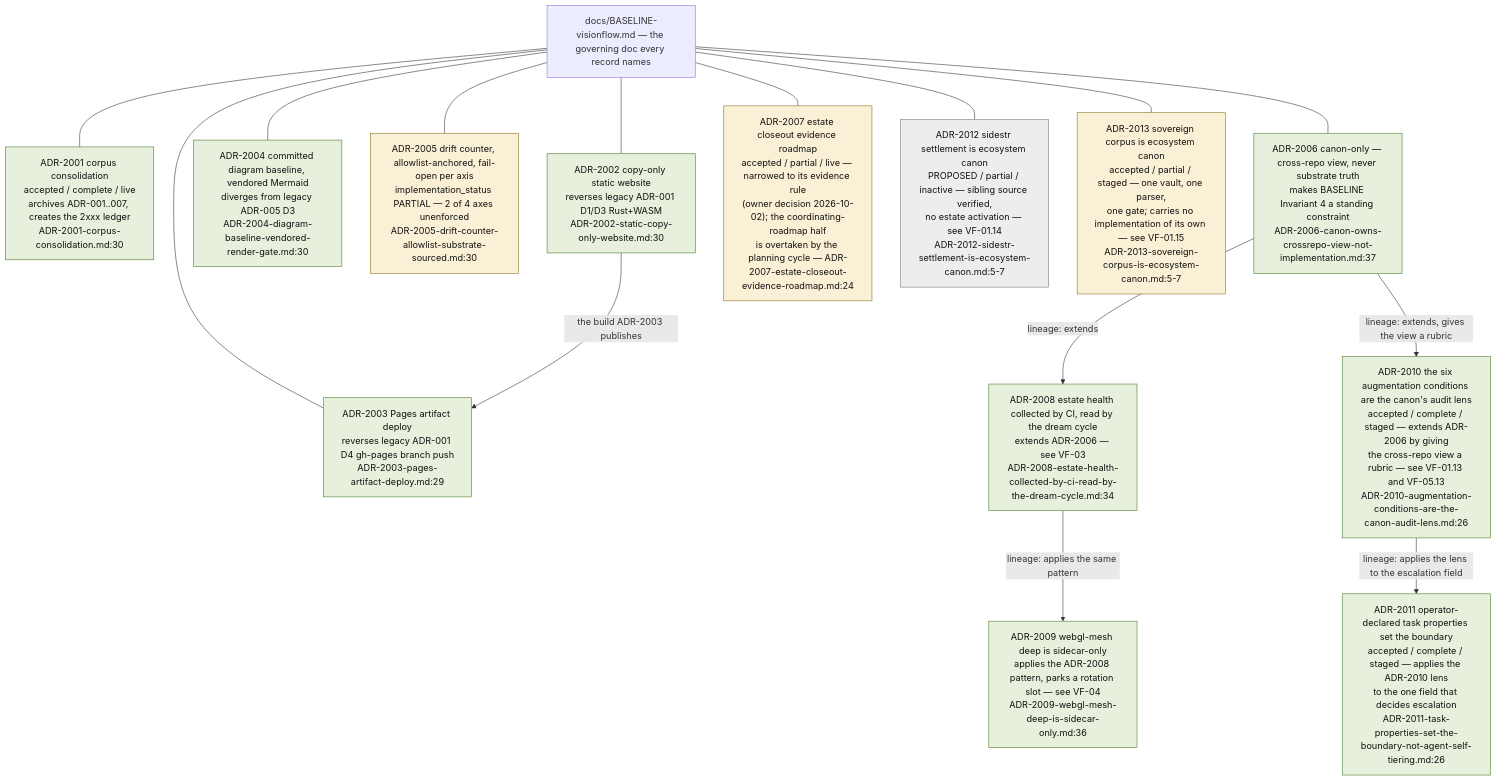
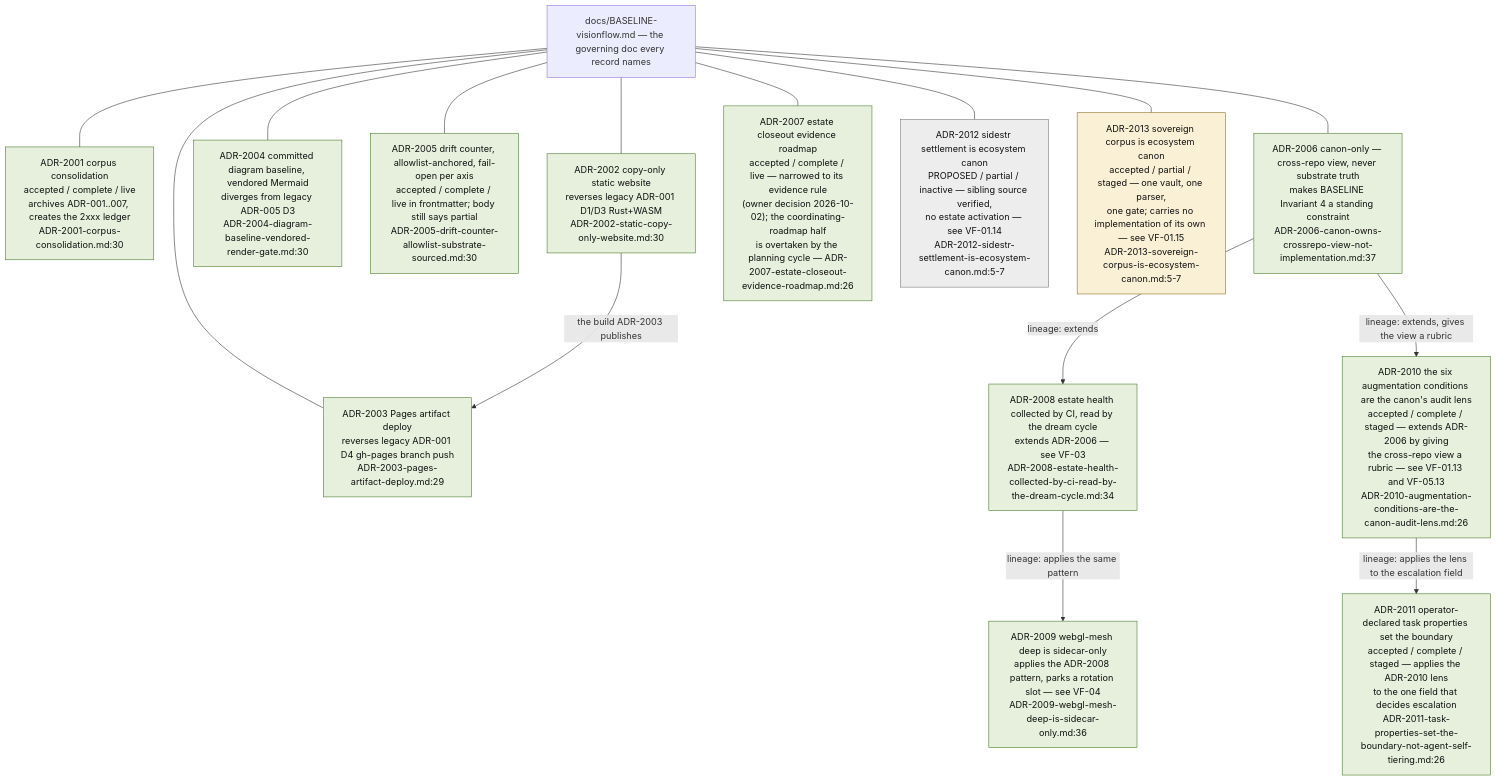
Before and after one commit to DreamLab-AI/VisionFlow: the sixth of 11 diagrams in docs/diagrams/visionflow/01-repo-composition-and-canon.md, drawn with Mermaid. The commit also changed other lines of this file and 91 other files, not shown here.

````diff
--- a/docs/diagrams/visionflow/01-repo-composition-and-canon.md
+++ b/docs/diagrams/visionflow/01-repo-composition-and-canon.md
@@ -247,36 +263,36 @@
 ```mermaid
 flowchart TB
     classDef live fill:#e6f0dc,stroke:#4a7a2a,color:#111
     classDef part fill:#f9f0d5,stroke:#8a7020,color:#111
     classDef prop fill:#ededed,stroke:#777,color:#111
     BASE["docs/BASELINE-visionflow.md — the governing doc every record names"]
 
     A1["ADR-2001 corpus consolidation<br/>accepted / complete / live<br/>archives ADR-001..007, creates the 2xxx ledger<br/>ADR-2001-corpus-consolidation.md:30"]:::live
     A2["ADR-2002 copy-only static website<br/>reverses legacy ADR-001 D1/D3 Rust+WASM<br/>ADR-2002-static-copy-only-website.md:30"]:::live
     A3["ADR-2003 Pages artifact deploy<br/>reverses legacy ADR-001 D4 gh-pages branch push<br/>ADR-2003-pages-artifact-deploy.md:29"]:::live
     A4["ADR-2004 committed diagram baseline, vendored Mermaid<br/>diverges from legacy ADR-005 D3<br/>ADR-2004-diagram-baseline-vendored-render-gate.md:30"]:::live
-    A5["ADR-2005 drift counter, allowlist-anchored, fail-open per axis<br/>implementation_status PARTIAL — 2 of 4 axes unenforced<br/>ADR-2005-drift-counter-allowlist-substrate-sourced.md:30"]:::part
+    A5["ADR-2005 drift counter, allowlist-anchored, fail-open per axis<br/>accepted / complete / live in frontmatter; body still says partial<br/>ADR-2005-drift-counter-allowlist-substrate-sourced.md:30"]:::live
     A6["ADR-2006 canon-only — cross-repo view, never substrate truth<br/>makes BASELINE Invariant 4 a standing constraint<br/>ADR-2006-canon-owns-crossrepo-view-not-implementation.md:37"]:::live
-    A7["ADR-2007 estate closeout evidence roadmap<br/>accepted / partial / live — narrowed to its evidence rule<br/>(owner decision 2026-10-02); the coordinating-roadmap half<br/>is overtaken by the planning cycle — ADR-2007-estate-closeout-evidence-roadmap.md:24"]:::part
+    A7["ADR-2007 estate closeout evidence roadmap<br/>accepted / complete / live — narrowed to its evidence rule<br/>(owner decision 2026-10-02); the coordinating-roadmap half<br/>is overtaken by the planning cycle — ADR-2007-estate-closeout-evidence-roadmap.md:26"]:::live
     A8["ADR-2008 estate health collected by CI, read by the dream cycle<br/>extends ADR-2006 — see VF-03<br/>ADR-2008-estate-health-collected-by-ci-read-by-the-dream-cycle.md:34"]:::live
     A9["ADR-2009 webgl-mesh deep is sidecar-only<br/>applies the ADR-2008 pattern, parks a rotation slot — see VF-04<br/>ADR-2009-webgl-mesh-deep-is-sidecar-only.md:36"]:::live
     A10["ADR-2010 the six augmentation conditions are the canon's audit lens<br/>accepted / complete / staged — extends ADR-2006 by giving<br/>the cross-repo view a rubric — see VF-01.13 and VF-05.13<br/>ADR-2010-augmentation-conditions-are-the-canon-audit-lens.md:26"]:::live
     A11["ADR-2011 operator-declared task properties set the boundary<br/>accepted / complete / staged — applies the ADR-2010 lens<br/>to the one field that decides escalation<br/>ADR-2011-task-properties-set-the-boundary-not-agent-self-tiering.md:26"]:::live
     A12["ADR-2012 sidestr settlement is ecosystem canon<br/>PROPOSED / partial / inactive — sibling source verified,<br/>no estate activation — see VF-01.14<br/>ADR-2012-sidestr-settlement-is-ecosystem-canon.md:5-7"]:::prop
     A13["ADR-2013 sovereign corpus is ecosystem canon<br/>accepted / partial / staged — one vault, one parser,<br/>one gate; carries no implementation of its own — see VF-01.15<br/>ADR-2013-sovereign-corpus-is-ecosystem-canon.md:5-7"]:::part
 
     BASE --- A1
     BASE --- A2
     BASE --- A3
     BASE --- A4
     BASE --- A5
     BASE --- A6
     BASE --- A7
     BASE --- A12
     A6 -->|"lineage: extends"| A8
     A8 -->|"lineage: applies the same pattern"| A9
     A2 -->|"the build ADR-2003 publishes"| A3
     A6 -->|"lineage: extends, gives the view a rubric"| A10
     A10 -->|"lineage: applies the lens to the escalation field"| A11
     BASE --- A13
 ```
````
